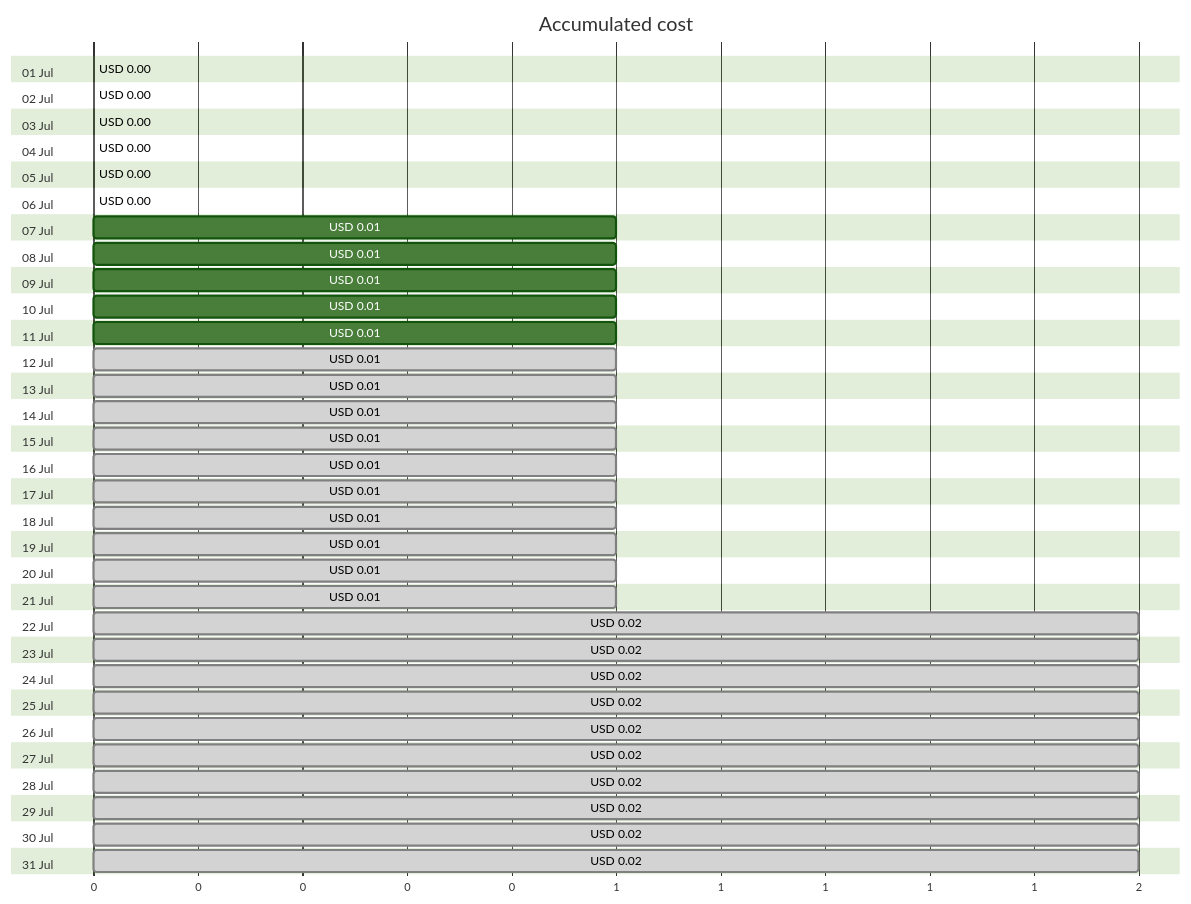
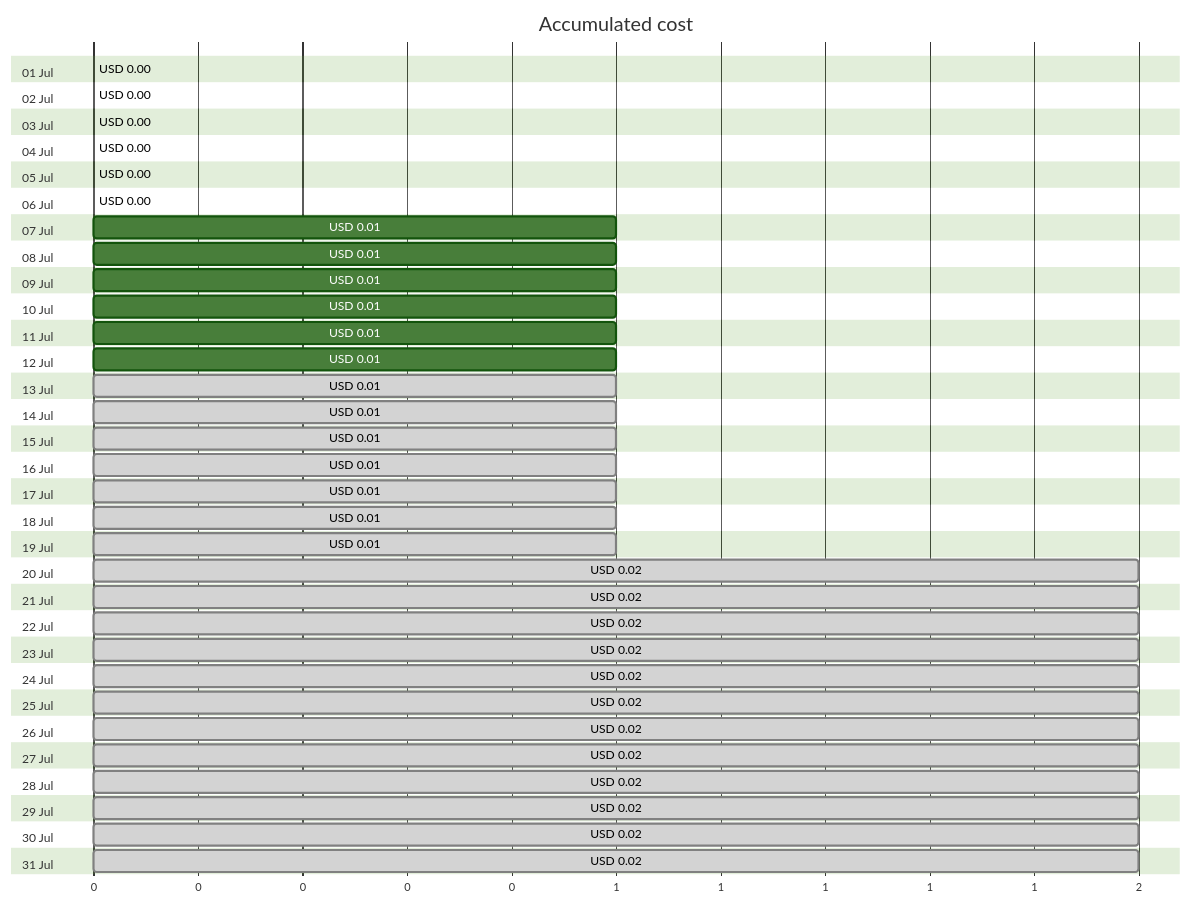
One commit to jpfulton/azure-personal-reports changed the first of 4 diagrams in cost-reports/personal-site/personalsiteapistorage.md. Above: the diagram before and after it, drawn with Mermaid (forest theme). The commit also changed other lines of this file and 6 other files, not shown here.

````diff
--- a/cost-reports/personal-site/personalsiteapistorage.md
+++ b/cost-reports/personal-site/personalsiteapistorage.md
@@ -20,68 +20,68 @@
 ```mermaid
 gantt
    title Accumulated cost
    dateFormat  X
    axisFormat %s
    section 01 Jul
    USD 0.00 :0, 0
    section 02 Jul
    USD 0.00 :0, 0
    section 03 Jul
    USD 0.00 :0, 0
    section 04 Jul
    USD 0.00 :0, 0
    section 05 Jul
    USD 0.00 :0, 0
    section 06 Jul
    USD 0.00 :0, 0
    section 07 Jul
    USD 0.01 :0, 1
    section 08 Jul
    USD 0.01 :0, 1
    section 09 Jul
    USD 0.01 :0, 1
    section 10 Jul
    USD 0.01 :0, 1
    section 11 Jul
    USD 0.01 :0, 1
    section 12 Jul
-   USD 0.01 : done, 0, 1
+   USD 0.01 :0, 1
    section 13 Jul
    USD 0.01 : done, 0, 1
    section 14 Jul
    USD 0.01 : done, 0, 1
    section 15 Jul
    USD 0.01 : done, 0, 1
    section 16 Jul
    USD 0.01 : done, 0, 1
    section 17 Jul
    USD 0.01 : done, 0, 1
    section 18 Jul
    USD 0.01 : done, 0, 1
    section 19 Jul
    USD 0.01 : done, 0, 1
    section 20 Jul
-   USD 0.01 : done, 0, 1
+   USD 0.02 : done, 0, 2
    section 21 Jul
-   USD 0.01 : done, 0, 1
+   USD 0.02 : done, 0, 2
    section 22 Jul
    USD 0.02 : done, 0, 2
    section 23 Jul
    USD 0.02 : done, 0, 2
    section 24 Jul
    USD 0.02 : done, 0, 2
    section 25 Jul
    USD 0.02 : done, 0, 2
    section 26 Jul
    USD 0.02 : done, 0, 2
    section 27 Jul
    USD 0.02 : done, 0, 2
    section 28 Jul
    USD 0.02 : done, 0, 2
    section 29 Jul
    USD 0.02 : done, 0, 2
    section 30 Jul
    USD 0.02 : done, 0, 2
    section 31 Jul
    USD 0.02 : done, 0, 2
 ```
````
